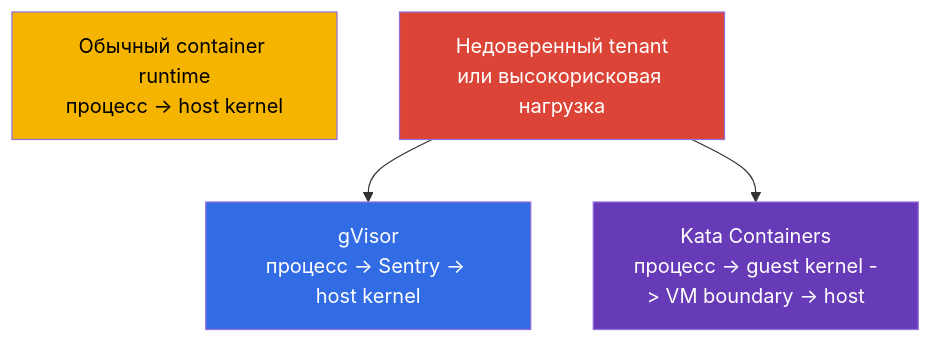
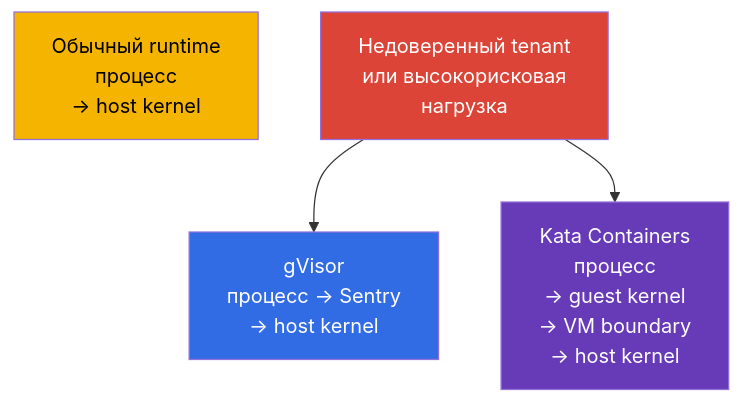
Before and after one commit to ViktorUJ/cks: the fifth of 5 diagrams in tasks/cks/course/03/ru.md, drawn with Mermaid. The commit also changed other lines of this file and 6 other files, not shown here.

````diff
--- a/tasks/cks/course/03/ru.md
+++ b/tasks/cks/course/03/ru.md
@@ -376,12 +484,12 @@
 ```mermaid
 flowchart TB
-    normal["Обычный container runtime<br/>процесс -> host kernel"]
-    gvisor["gVisor<br/>процесс -> Sentry -> host kernel"]
-    kata["Kata Containers<br/>процесс -> guest kernel -> VM boundary -> host"]
-    risk["Недоверенный tenant<br/>или высокорисковая нагрузка"] --> gvisor
+    normal["Обычный runtime<br/>процесс<br/>→ host kernel"]
+    gvisor["gVisor<br/>процесс → Sentry<br/>→ host kernel"]
+    kata["Kata Containers<br/>процесс<br/>→ guest kernel<br/>→ VM boundary<br/>→ host kernel"]
+    risk["Недоверенный tenant<br/>или высокорисковая<br/>нагрузка"] --> gvisor
     risk --> kata
     style normal fill:#f4b400,color:#000
     style gvisor fill:#326ce5,color:#fff
     style kata fill:#673ab7,color:#fff
     style risk fill:#db4437,color:#fff
 ```
````
